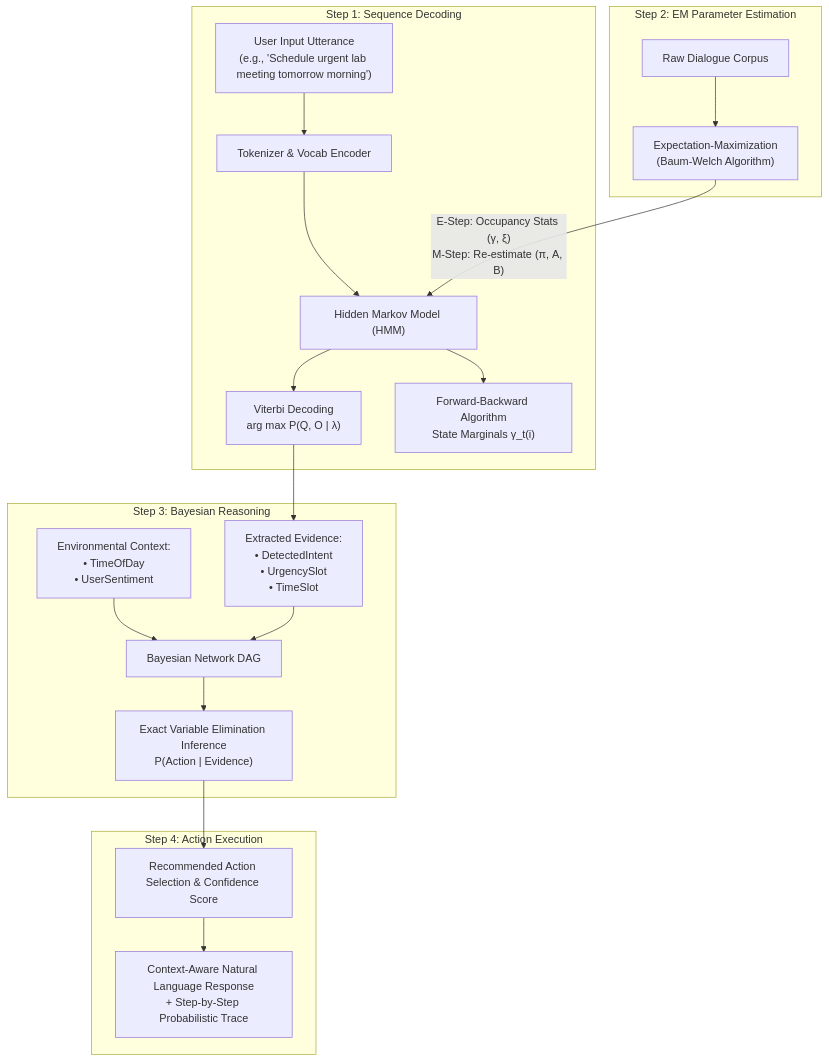
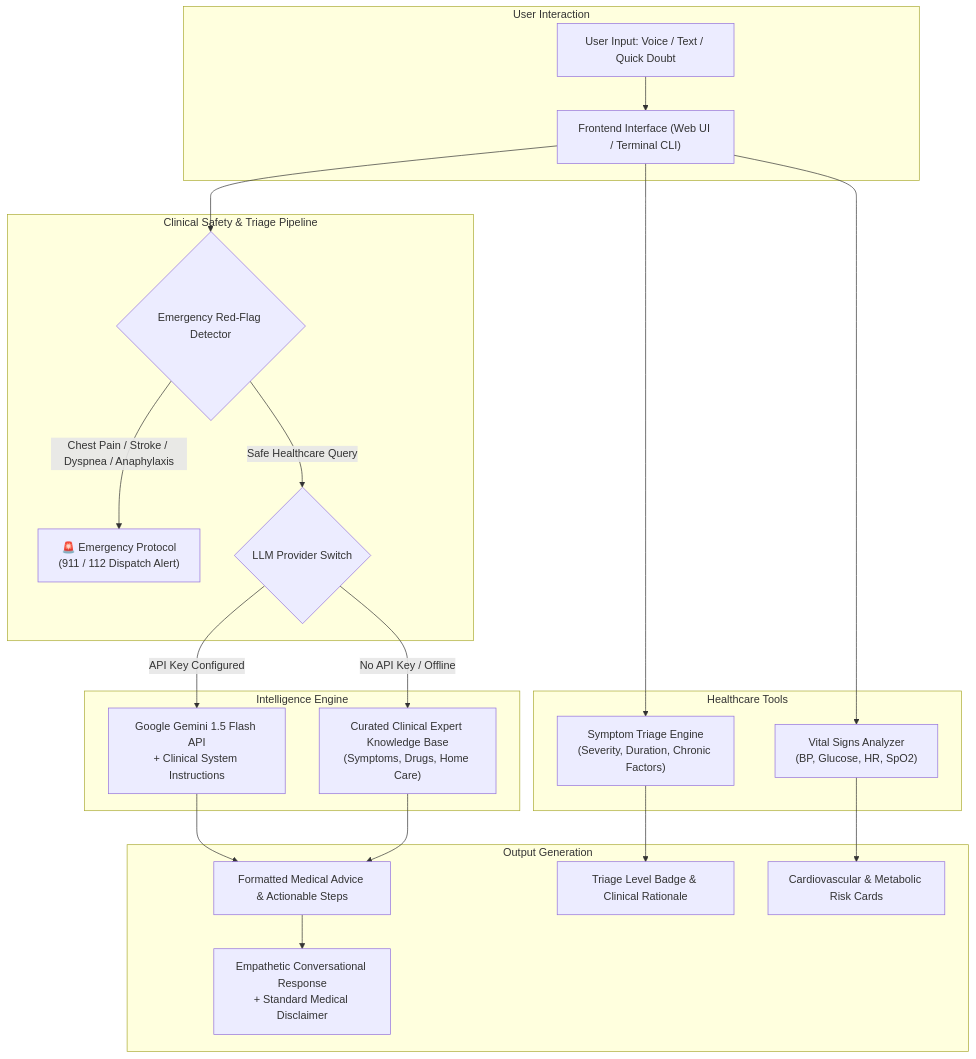
The diagram in README.md (Madhur-7568/AiLab-VirtualAssistant), drawn with Mermaid before and after one commit. The commit also changed other lines of this file and 30 other files, not shown here.

Commit message:
feat: transform to HealthPulse AI healthcare virtual assistant with LLM integration, chatbot, symptom triage and vitals tracker

````diff
--- a/README.md
+++ b/README.md
@@ -32,26 +48,30 @@
 ```mermaid
 flowchart TD
-    subgraph Natural Language Processing [Step 1: Sequence Decoding]
-        A["User Input Utterance<br/>(e.g., 'Schedule urgent lab meeting tomorrow morning')"] --> B["Tokenizer & Vocab Encoder"]
-        B --> C["Hidden Markov Model (HMM)"]
-        C --> D["Viterbi Decoding<br/>arg max P(Q, O | λ)"]
-        C --> E["Forward-Backward Algorithm<br/>State Marginals γ_t(i)"]
+    subgraph User Interaction
+        A["User Input: Voice / Text / Quick Doubt"] --> B["Frontend Interface (Web UI / Terminal CLI)"]
     end
 
-    subgraph Unsupervised Learning [Step 2: EM Parameter Estimation]
-        F["Raw Dialogue Corpus"] --> G["Expectation-Maximization<br/>(Baum-Welch Algorithm)"]
-        G -->|"E-Step: Occupancy Stats (γ, ξ)<br/>M-Step: Re-estimate (π, A, B)"| C
+    subgraph Clinical Safety & Triage Pipeline
+        B --> C{"Emergency Red-Flag Detector"}
+        C -->|"Chest Pain / Stroke / Dyspnea / Anaphylaxis"| D["🚨 Emergency Protocol<br/>(911 / 112 Dispatch Alert)"]
+        C -->|"Safe Healthcare Query"| E{"LLM Provider Switch"}
     end
 
-    subgraph Decision Under Uncertainty [Step 3: Bayesian Reasoning]
-        D --> H["Extracted Evidence:<br/>• DetectedIntent<br/>• UrgencySlot<br/>• TimeSlot"]
-        I["Environmental Context:<br/>• TimeOfDay<br/>• UserSentiment"] --> J["Bayesian Network DAG"]
-        H --> J
-        J --> K["Exact Variable Elimination Inference<br/>P(Action | Evidence)"]
+    subgraph Intelligence Engine
+        E -->|"API Key Configured"| F["Google Gemini 1.5 Flash API<br/>+ Clinical System Instructions"]
+        E -->|"No API Key / Offline"| G["Curated Clinical Expert Knowledge Base<br/>(Symptoms, Drugs, Home Care)"]
     end
 
-    subgraph Response Generation [Step 4: Action Execution]
-        K --> L["Recommended Action Selection & Confidence Score"]
-        L --> M["Context-Aware Natural Language Response<br/>+ Step-by-Step Probabilistic Trace"]
+    subgraph Healthcare Tools
+        B --> H["Symptom Triage Engine<br/>(Severity, Duration, Chronic Factors)"]
+        B --> I["Vital Signs Analyzer<br/>(BP, Glucose, HR, SpO2)"]
+    end
+
+    subgraph Output Generation
+        F --> J["Formatted Medical Advice & Actionable Steps"]
+        G --> J
+        H --> K["Triage Level Badge & Clinical Rationale"]
+        I --> L["Cardiovascular & Metabolic Risk Cards"]
+        J --> M["Empathetic Conversational Response<br/>+ Standard Medical Disclaimer"]
     end
 ```
````
